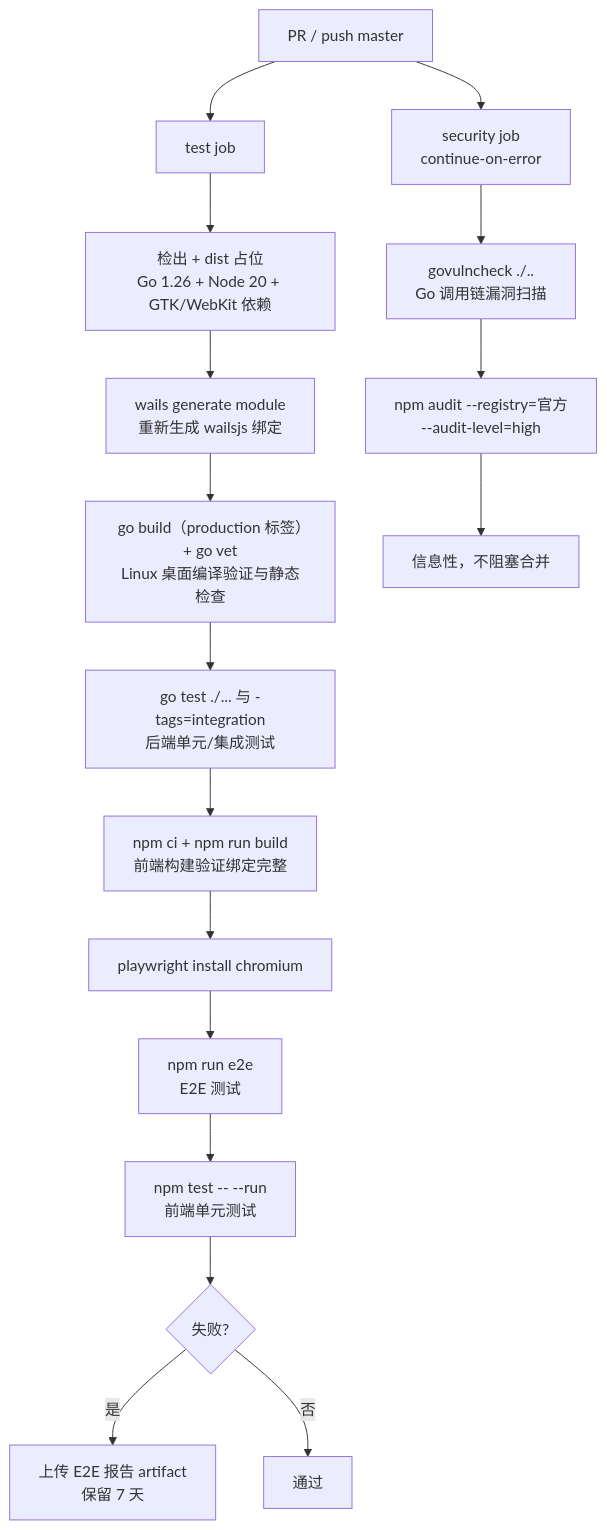
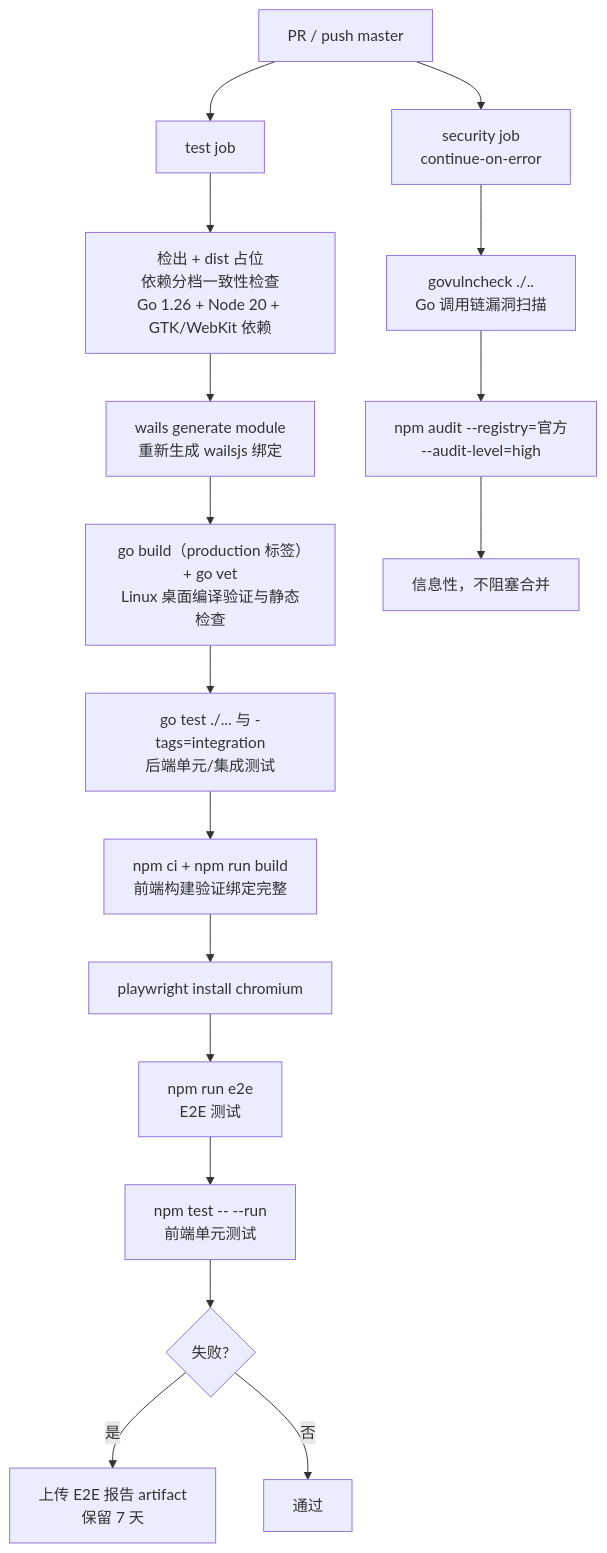
The second of 2 diagrams in docs/贡献指南.md (hello007/workbench), drawn with Mermaid before and after one commit. The commit also changed other lines of this file and 8 other files, not shown here.

````diff
--- a/docs/贡献指南.md
+++ b/docs/贡献指南.md
@@ -225,21 +226,21 @@
 ```mermaid
 flowchart TD
     PR["PR / push master"] --> TEST["test job"]
     PR --> SEC["security job<br>continue-on-error"]
 
-    TEST --> T1["检出 + dist 占位<br>Go 1.26 + Node 20 + GTK/WebKit 依赖"]
+    TEST --> T1["检出 + dist 占位<br>依赖分档一致性检查<br>Go 1.26 + Node 20 + GTK/WebKit 依赖"]
     T1 --> T2["wails generate module<br>重新生成 wailsjs 绑定"]
     T2 --> T3["go build（production 标签）+ go vet<br>Linux 桌面编译验证与静态检查"]
     T3 --> T4["go test ./... 与 -tags=integration<br>后端单元/集成测试"]
     T4 --> T5["npm ci + npm run build<br>前端构建验证绑定完整"]
     T5 --> T6["playwright install chromium"]
     T6 --> T7["npm run e2e<br>E2E 测试"]
     T7 --> T8["npm test -- --run<br>前端单元测试"]
     T8 --> T9{"失败?"}
     T9 -->|"是"| T10["上传 E2E 报告 artifact<br>保留 7 天"]
     T9 -->|"否"| OK["通过"]
 
     SEC --> S1["govulncheck ./..<br>Go 调用链漏洞扫描"]
     S1 --> S2["npm audit --registry=官方<br>--audit-level=high"]
     S2 --> SECINFO["信息性，不阻塞合并"]
 ```
````
